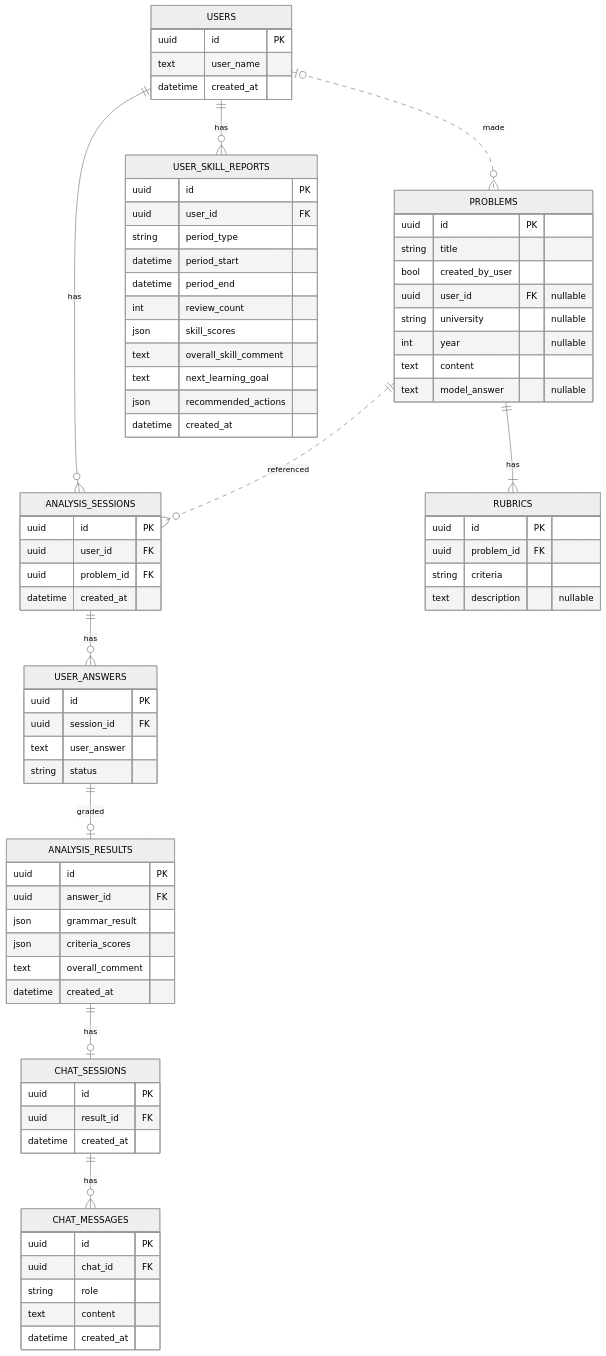
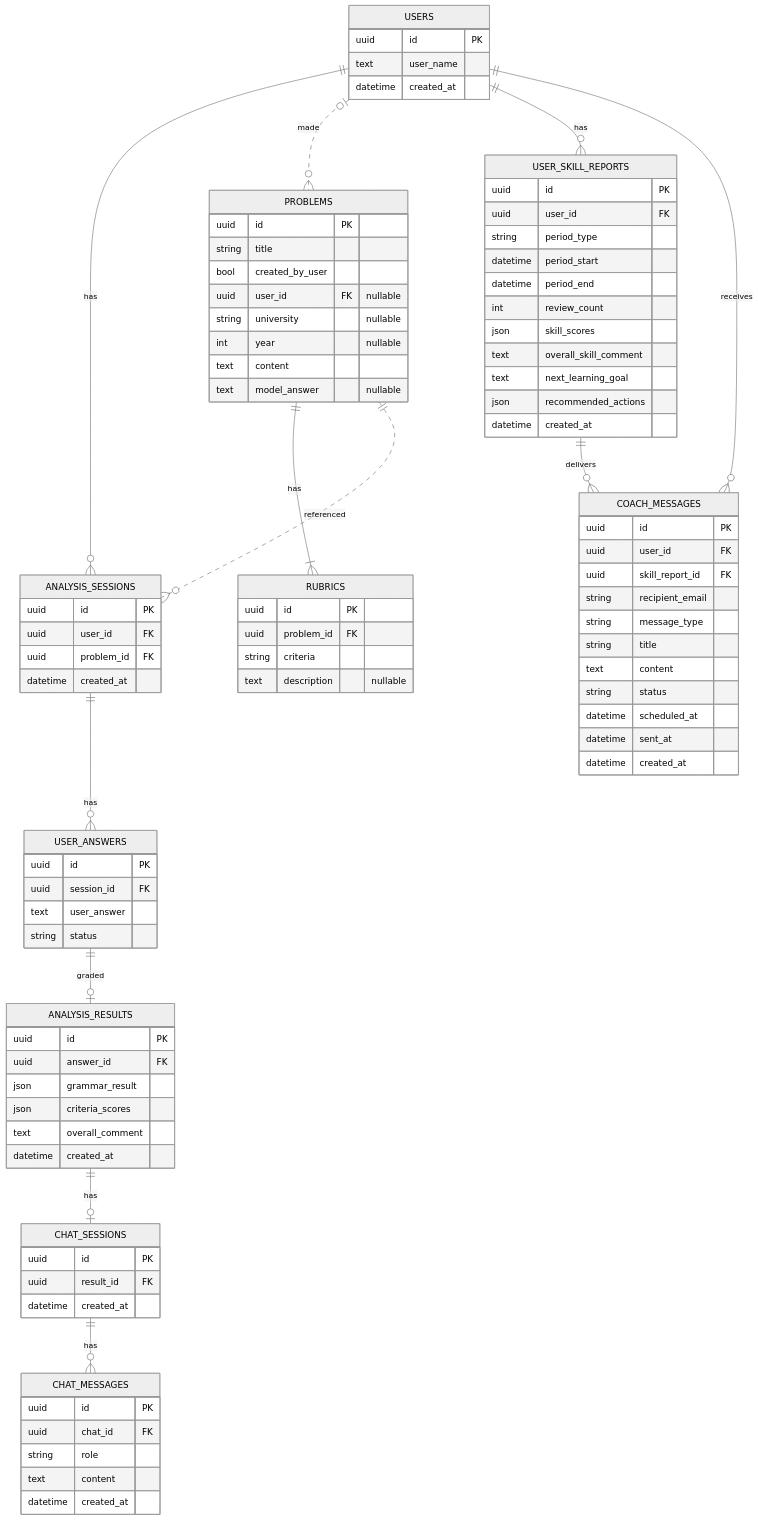
The diagram in 설계문서/ERD.md (bookyoulove/paragraphy), drawn with Mermaid (neutral theme) before and after one commit. The commit also changed 9 other files, not shown here.

```diff
--- a/설계문서/ERD.md
+++ b/설계문서/ERD.md
@@ -3,9 +3,11 @@
     USERS ||--o{ ANALYSIS_SESSIONS : has
     USERS |o..o{ PROBLEMS : made
     USERS ||--o{ USER_SKILL_REPORTS : has
+    USERS ||--o{ COACH_MESSAGES : receives
     PROBLEMS ||--|{ RUBRICS : has
     ANALYSIS_SESSIONS ||--o{ USER_ANSWERS : has
     USER_ANSWERS ||--o| ANALYSIS_RESULTS : graded
+    USER_SKILL_REPORTS ||--o{ COACH_MESSAGES : delivers
     PROBLEMS ||..o{ ANALYSIS_SESSIONS : referenced
     ANALYSIS_RESULTS ||--o| CHAT_SESSIONS : has
     CHAT_SESSIONS ||--o{ CHAT_MESSAGES : has
@@ -71,6 +73,20 @@
         datetime created_at
     }
 
+    COACH_MESSAGES {
+        uuid id PK
+        uuid user_id FK
+        uuid skill_report_id FK
+        string recipient_email
+        string message_type
+        string title
+        text content
+        string status
+        datetime scheduled_at
+        datetime sent_at
+        datetime created_at
+    }
+
     CHAT_SESSIONS {
         uuid id PK
         uuid result_id FK
```
